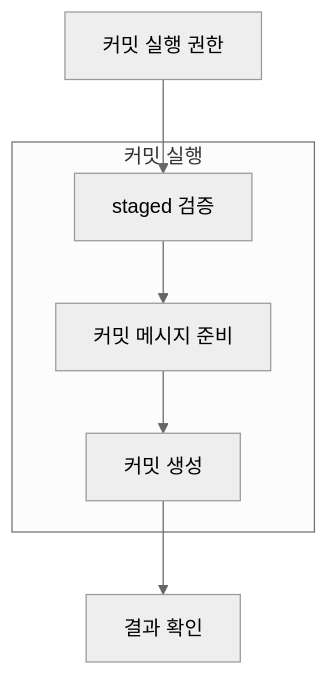
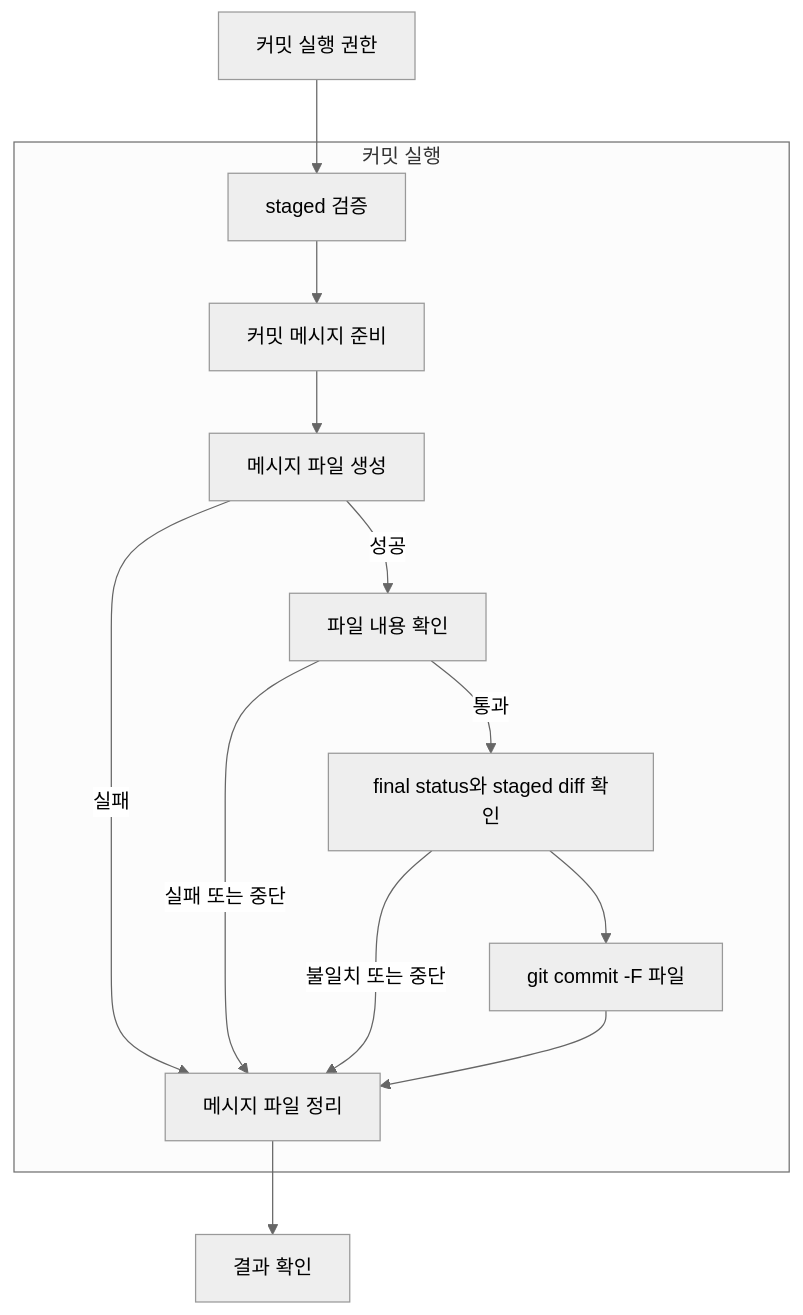
The fourth of 4 diagrams in src/advance-codex-dev/specs/skills/git-committer/intent.md (opnay/agent-plugins), drawn with Mermaid (neutral theme) before and after one commit. The commit also changed other lines of this file and 11 other files, not shown here.

First line of the commit message:
feat: enforce file-based git commit messages

````diff
--- a/src/advance-codex-dev/specs/skills/git-committer/intent.md
+++ b/src/advance-codex-dev/specs/skills/git-committer/intent.md
@@ -58,13 +60,21 @@
 ```mermaid
 flowchart TD
   A[커밋 실행 권한]
 
   subgraph B[커밋 실행]
-    C[staged 검증] --> D[커밋 메시지 준비] --> E[커밋 생성]
+    C[staged 검증] --> D[커밋 메시지 준비]
+    D --> E[메시지 파일 생성]
+    E -->|성공| F[파일 내용 확인]
+    E -->|실패| I[메시지 파일 정리]
+    F -->|통과| G[final status와 staged diff 확인]
+    G --> H[git commit -F 파일]
+    F -->|실패 또는 중단| I[메시지 파일 정리]
+    G -->|불일치 또는 중단| I
+    H --> I
   end
 
-  F[결과 확인]
+  J[결과 확인]
 
   A --> C
-  E --> F
+  I --> J
 ```
````
